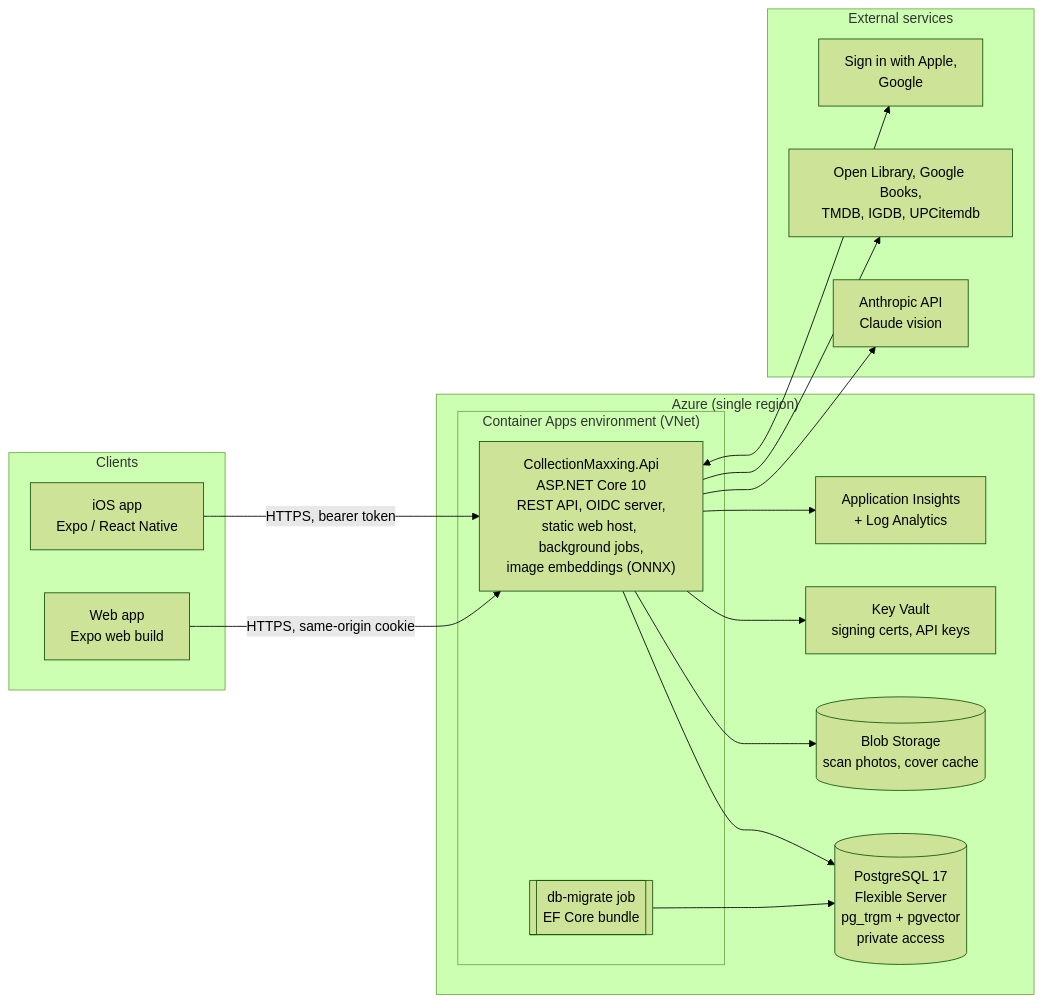
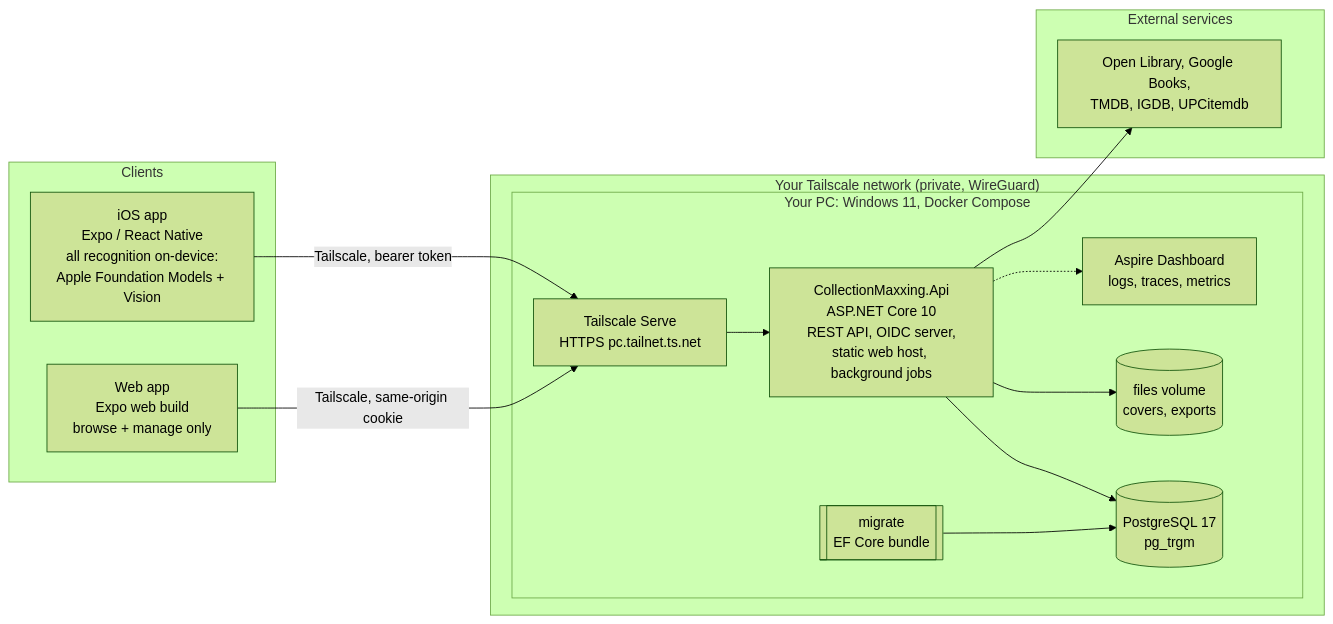
Before and after one commit to coryfinnegan/CollectionMaxxing: the first of 4 diagrams in docs/01-architecture.md, drawn with Mermaid (forest theme). The commit also changed other lines of this file and 13 other files, not shown here.

First line of the commit message:
Revise plan: Apple-only recognition, self-hosted, $0 total

````diff
--- a/docs/01-architecture.md
+++ b/docs/01-architecture.md
@@ -14,32 +14,28 @@
 ```mermaid
 flowchart LR
   subgraph Clients
-    ios["iOS app<br/>Expo / React Native"]
-    web["Web app<br/>Expo web build"]
+    ios["iOS app<br/>Expo / React Native<br/>all recognition on-device:<br/>Apple Foundation Models + Vision"]
+    web["Web app<br/>Expo web build<br/>browse + manage only"]
   end
-  subgraph Azure["Azure (single region)"]
-    subgraph aca["Container Apps environment (VNet)"]
-      api["CollectionMaxxing.Api<br/>ASP.NET Core 10<br/>REST API, OIDC server,<br/>static web host, background jobs,<br/>image embeddings (ONNX)"]
-      mig[["db-migrate job<br/>EF Core bundle"]]
+  subgraph tailnet["Your Tailscale network (private, WireGuard)"]
+    subgraph pc["Your PC: Windows 11, Docker Compose"]
+      ts["Tailscale Serve<br/>HTTPS pc.tailnet.ts.net"]
+      api["CollectionMaxxing.Api<br/>ASP.NET Core 10<br/>REST API, OIDC server,<br/>static web host, background jobs"]
+      mig[["migrate<br/>EF Core bundle"]]
+      pg[("PostgreSQL 17<br/>pg_trgm")]
+      files[("files volume<br/>covers, exports")]
+      dash["Aspire Dashboard<br/>logs, traces, metrics"]
     end
-    pg[("PostgreSQL 17<br/>Flexible Server<br/>pg_trgm + pgvector<br/>private access")]
-    blob[("Blob Storage<br/>scan photos, cover cache")]
-    kv["Key Vault<br/>signing certs, API keys"]
-    mon["Application Insights<br/>+ Log Analytics"]
   end
   subgraph External["External services"]
-    claude["Anthropic API<br/>Claude vision"]
     meta["Open Library, Google Books,<br/>TMDB, IGDB, UPCitemdb"]
-    idp["Sign in with Apple,<br/>Google"]
   end
-  ios -- "HTTPS, bearer token" --> api
-  web -- "HTTPS, same-origin cookie" --> api
+  ios -- "Tailscale, bearer token" --> ts
+  web -- "Tailscale, same-origin cookie" --> ts
+  ts --> api
   api --> pg
-  api --> blob
-  api --> kv
-  api --> mon
+  api --> files
+  api -.-> dash
   mig --> pg
-  api --> claude
   api --> meta
-  api <--> idp
 ```
````
